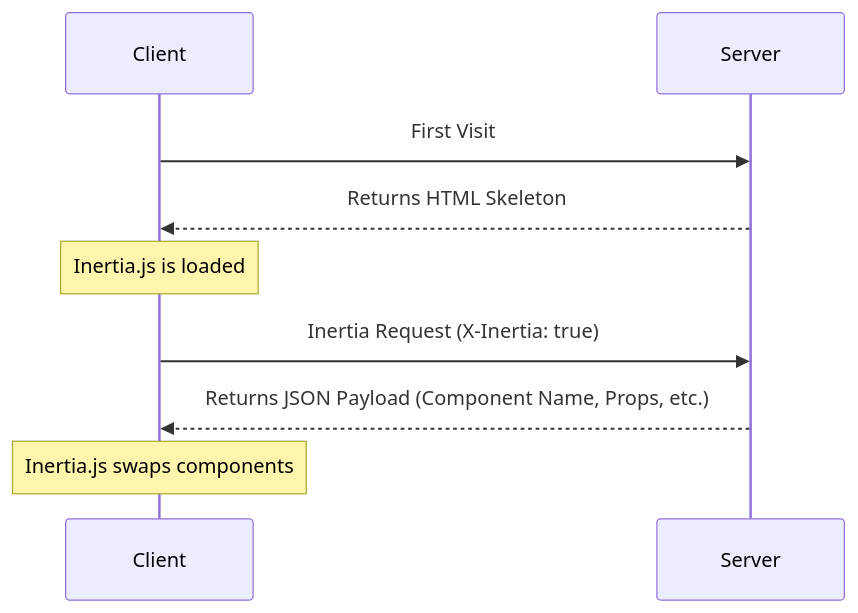
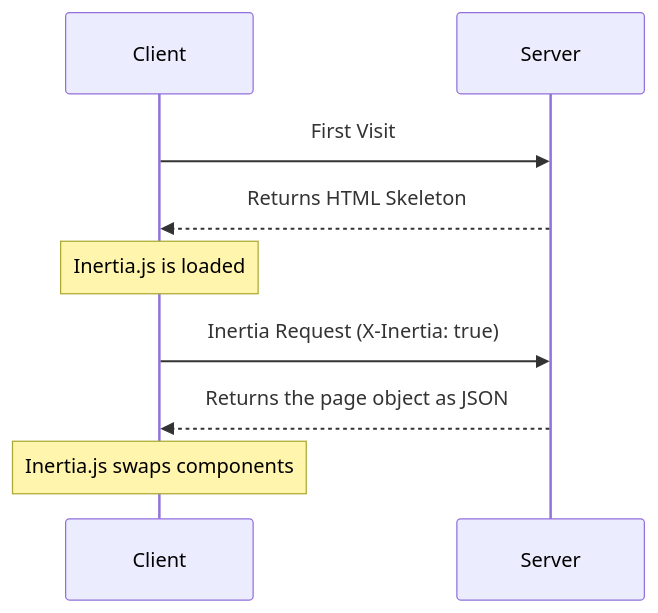
One commit to gabrielhamalwa/agent-skills changed the diagram in inertia/references/v3/core-concepts/the-protocol.md. Above: the diagram before and after it, drawn with Mermaid. The commit also changed other lines of this file and 29 other files, not shown here.

````diff
--- a/inertia/references/v3/core-concepts/the-protocol.md
+++ b/inertia/references/v3/core-concepts/the-protocol.md
@@ -80,15 +11,15 @@
 ```mermaid theme={null}
 sequenceDiagram
     participant Client
     participant Server
 
     Client->>Server: First Visit
     Server-->>Client: Returns HTML Skeleton
 
     Note over Client: Inertia.js is loaded
 
     Client->>Server: Inertia Request (X-Inertia: true)
-    Server-->>Client: Returns JSON Payload (Component Name, Props, etc.)
+    Server-->>Client: Returns the page object as JSON
 
     Note over Client: Inertia.js swaps components
 ```
````
